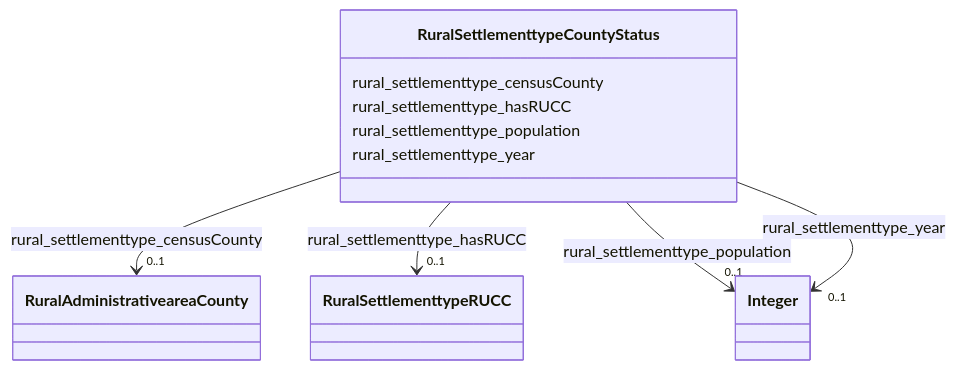
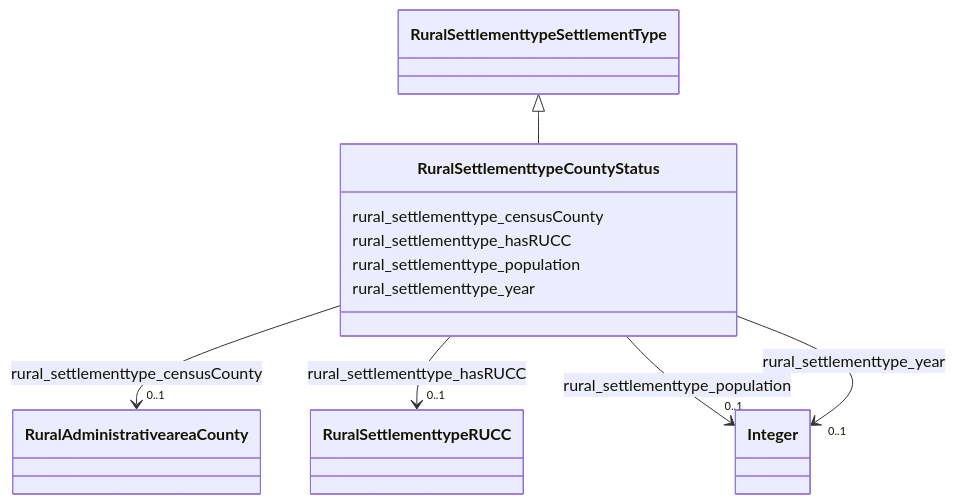
Before and after one commit to frink-okn/graph-descriptions: the diagram in rural-kg/classes/RuralSettlementtypeCountyStatus.md, drawn with Mermaid. The commit also changed other lines of this file and 51 other files, not shown here.

Commit message:
read metadata about rural-kg classes from graph itself

````diff
--- a/rural-kg/classes/RuralSettlementtypeCountyStatus.md
+++ b/rural-kg/classes/RuralSettlementtypeCountyStatus.md
@@ -19,42 +19,45 @@
 ```mermaid
  classDiagram
     class RuralSettlementtypeCountyStatus
     click RuralSettlementtypeCountyStatus href "../RuralSettlementtypeCountyStatus"
+      RuralSettlementtypeSettlementType <|-- RuralSettlementtypeCountyStatus
+        click RuralSettlementtypeSettlementType href "../RuralSettlementtypeSettlementType"
+      
       RuralSettlementtypeCountyStatus : rural_settlementtype_censusCounty
         
           
     
     
     RuralSettlementtypeCountyStatus --> "0..1" RuralAdministrativeareaCounty : rural_settlementtype_censusCounty
     click RuralAdministrativeareaCounty href "../RuralAdministrativeareaCounty"
 
         
       RuralSettlementtypeCountyStatus : rural_settlementtype_hasRUCC
         
           
     
     
     RuralSettlementtypeCountyStatus --> "0..1" RuralSettlementtypeRUCC : rural_settlementtype_hasRUCC
     click RuralSettlementtypeRUCC href "../RuralSettlementtypeRUCC"
 
         
       RuralSettlementtypeCountyStatus : rural_settlementtype_population
         
           
     
     
     RuralSettlementtypeCountyStatus --> "0..1" Integer : rural_settlementtype_population
     click Integer href "../Integer"
 
         
       RuralSettlementtypeCountyStatus : rural_settlementtype_year
         
           
     
     
     RuralSettlementtypeCountyStatus --> "0..1" Integer : rural_settlementtype_year
     click Integer href "../Integer"
 
         
       
 ```
````
